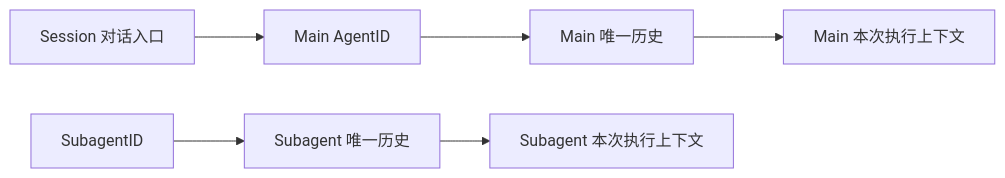
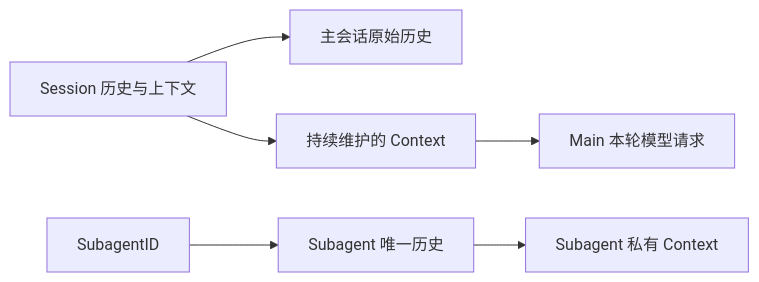
Before and after one commit to architectcgz/Praxis: the second of 2 diagrams in .architecture/architecture.md, drawn with Mermaid. The commit also changed other lines of this file and 62 other files, not shown here.

````diff
--- a/.architecture/architecture.md
+++ b/.architecture/architecture.md
@@ -149,8 +155,8 @@
 ```mermaid
 flowchart LR
-    Session[Session 对话入口] --> Main[Main AgentID]
-    Main --> MainHistory[Main 唯一历史]
-    MainHistory --> MainContext[Main 本次执行上下文]
+    Session[Session 历史与上下文] --> MainHistory[主会话原始历史]
+    Session --> Context[持续维护的 Context]
+    Context --> MainContext[Main 本轮模型请求]
     Sub[SubagentID] --> SubHistory[Subagent 唯一历史]
-    SubHistory --> SubContext[Subagent 本次执行上下文]
+    SubHistory --> SubContext[Subagent 私有 Context]
 ```
````
